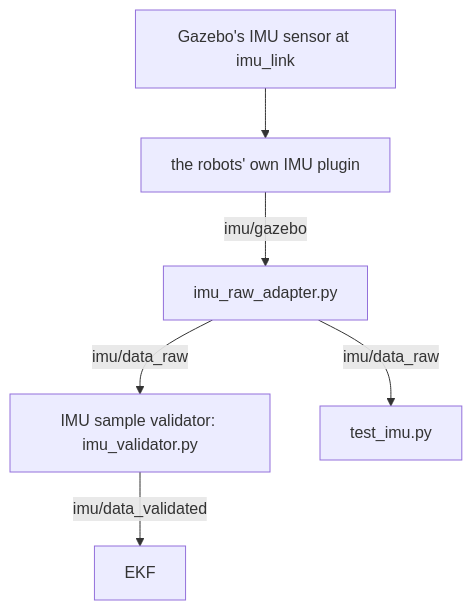
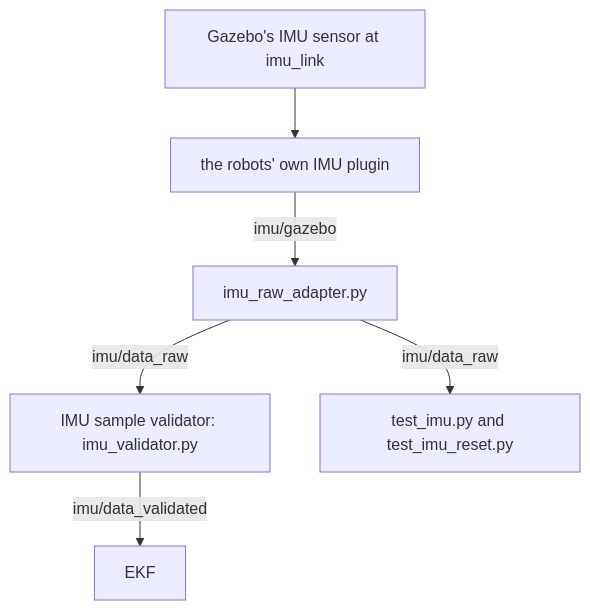
One commit to ros-mobile-robots/ros-mobile-robots.github.io changed the diagram in docs/packages/imu/simulation.md. Above: the diagram before and after it, drawn with Mermaid. The commit also changed other lines of this file and 1 other file, not shown here.

First line of the commit message:
IMU Simulation: the plugin after a reset, its test, pins at a19aae4

````diff
--- a/docs/packages/imu/simulation.md
+++ b/docs/packages/imu/simulation.md
@@ -33,8 +33,8 @@
 ```mermaid
 graph TB
   SENSOR["Gazebo's IMU sensor at imu_link"] --> PLUGIN["the robots' own IMU plugin"]
   PLUGIN -->|imu/gazebo| ADAPTER[imu_raw_adapter.py]
   ADAPTER -->|imu/data_raw| VALIDATOR[IMU sample validator: imu_validator.py]
   VALIDATOR -->|imu/data_validated| EKF[EKF]
-  ADAPTER -->|imu/data_raw| TEST[test_imu.py]
+  ADAPTER -->|imu/data_raw| TEST["test_imu.py and test_imu_reset.py"]
 ```
````
